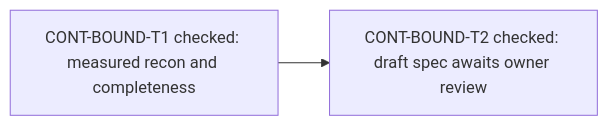
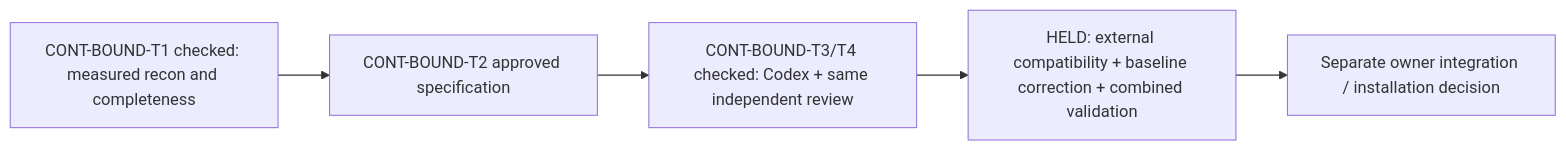
One commit to dm-uy/galaxica-sombrero changed the first of 7 diagrams in examples/pm-project/ROADMAP.md. Above: the diagram before and after it, drawn with Mermaid. The commit also changed other lines of this file and 48 other files, not shown here.

````diff
--- a/examples/pm-project/ROADMAP.md
+++ b/examples/pm-project/ROADMAP.md
@@ -7,4 +9,5 @@
 ```mermaid
 flowchart LR
-  CB1["CONT-BOUND-T1 checked: measured recon and completeness"] --> CB2["CONT-BOUND-T2 checked: draft spec awaits owner review"]
+  CB1["CONT-BOUND-T1 checked: measured recon and completeness"] --> CB2["CONT-BOUND-T2 approved specification"] --> CB3["CONT-BOUND-T3/T4 checked: Codex + same independent review"]
+  CB3 --> CB4["HELD: external compatibility + baseline correction + combined validation"] --> CB5["Separate owner integration / installation decision"]
 ```
````
